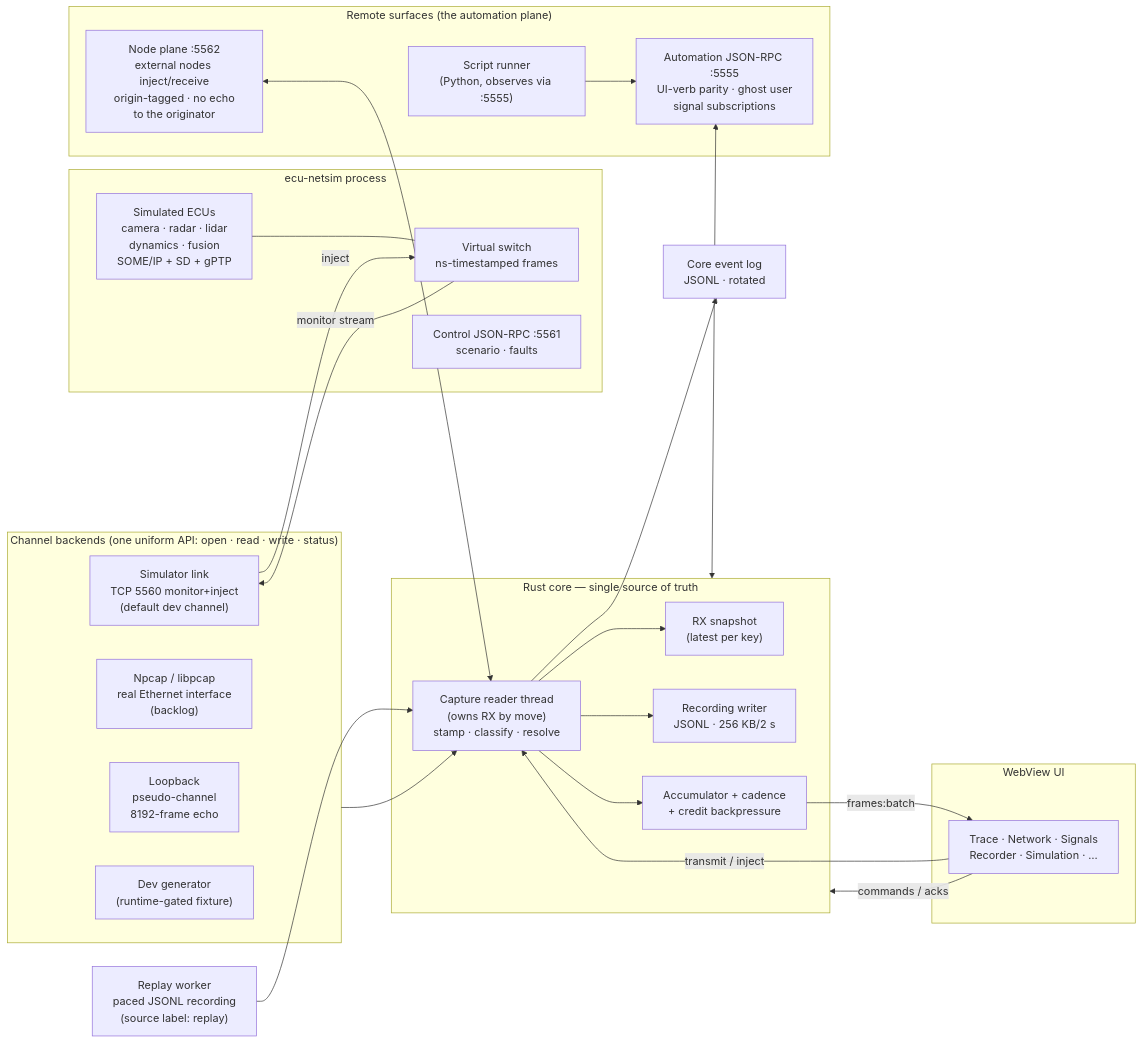
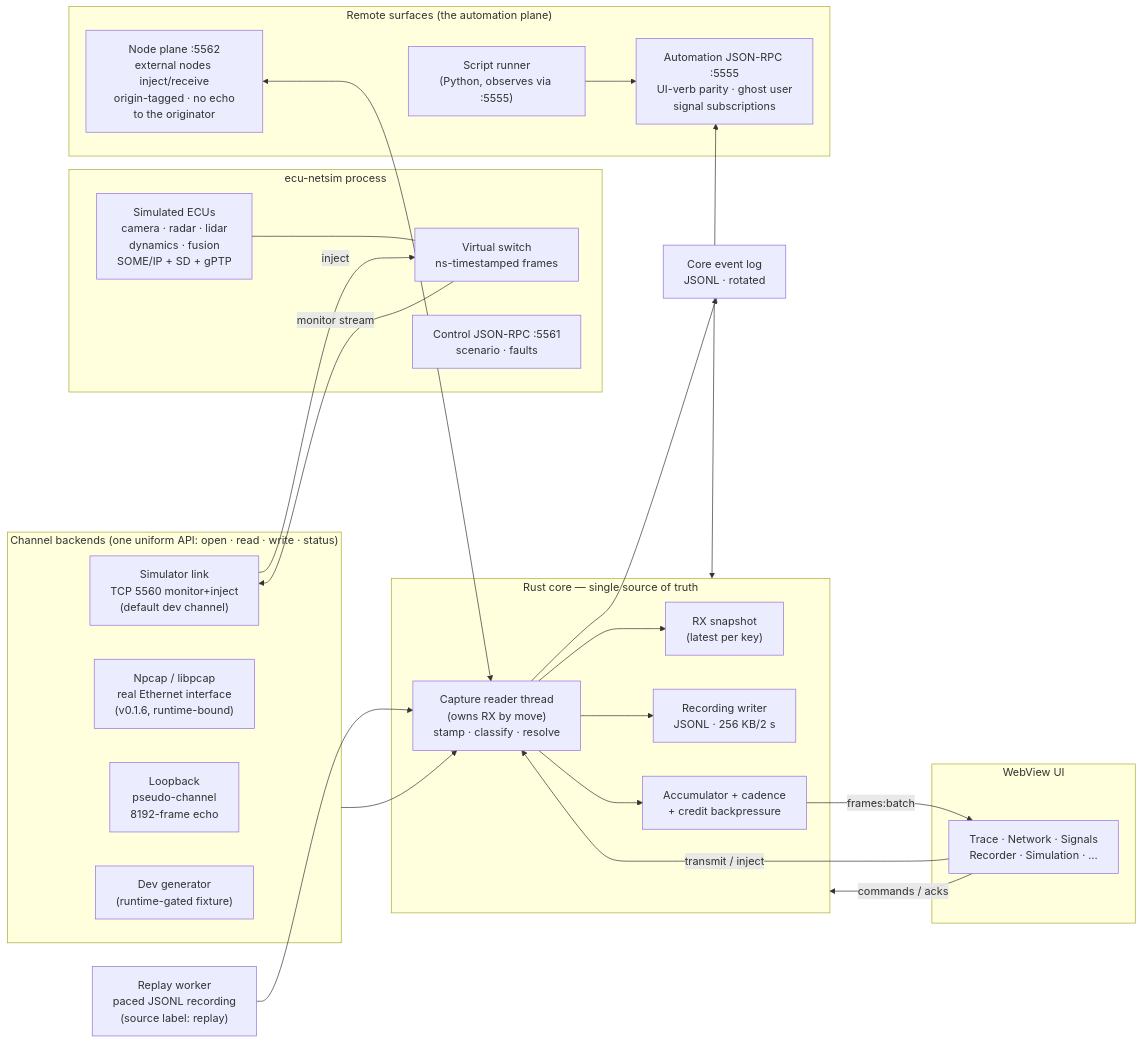
The second of 3 diagrams in docs/ARCHITECTURE.md (CynaCons/RadEAU), drawn with Mermaid before and after one commit. The commit also changed other lines of this file and 10 other files, not shown here.

````diff
--- a/docs/ARCHITECTURE.md
+++ b/docs/ARCHITECTURE.md
@@ -72,49 +81,49 @@
 ```mermaid
 flowchart LR
   subgraph sources["Channel backends (one uniform API: open · read · write · status)"]
     sim["Simulator link\nTCP 5560 monitor+inject\n(default dev channel)"]
-    pcap["Npcap / libpcap\nreal Ethernet interface\n(backlog)"]
+    pcap["Npcap / libpcap\nreal Ethernet interface\n(v0.1.6, runtime-bound)"]
     loop["Loopback\npseudo-channel\n8192-frame echo"]
     dev["Dev generator\n(runtime-gated fixture)"]
   end
 
   subgraph netsim["ecu-netsim process"]
     switch["Virtual switch\nns-timestamped frames"]
     ecus["Simulated ECUs\ncamera · radar · lidar\ndynamics · fusion\nSOME/IP + SD + gPTP"]
     ctl["Control JSON-RPC :5561\nscenario · faults"]
     ecus --- switch
   end
   switch -- "monitor stream" --> sim
   sim -- "inject" --> switch
 
   subgraph core["Rust core — single source of truth"]
     reader["Capture reader thread\n(owns RX by move)\nstamp · classify · resolve"]
     snap["RX snapshot\n(latest per key)"]
     rec["Recording writer\nJSONL · 256 KB/2 s"]
     accT["Accumulator + cadence\n+ credit backpressure"]
     reader --> snap
     reader --> rec
     reader --> accT
   end
   sources --> reader
 
   replay["Replay worker\npaced JSONL recording\n(source label: replay)"] --> reader
   log["Core event log\nJSONL · rotated"]
   reader --> log
 
   subgraph surfaces["Remote surfaces (the automation plane)"]
     auto["Automation JSON-RPC :5555\nUI-verb parity · ghost user\nsignal subscriptions"]
     nodes["Node plane :5562\nexternal nodes inject/receive\norigin-tagged · no echo\nto the originator"]
     runner["Script runner\n(Python, observes via :5555)"]
   end
   core <--> auto
   nodes <--> reader
   runner --> auto
 
   subgraph ui["WebView UI"]
     views["Trace · Network · Signals\nRecorder · Simulation · …"]
   end
   accT -- "frames:batch" --> views
   views -- "commands / acks" --> core
   views -- "transmit / inject" --> reader
 ```
````
